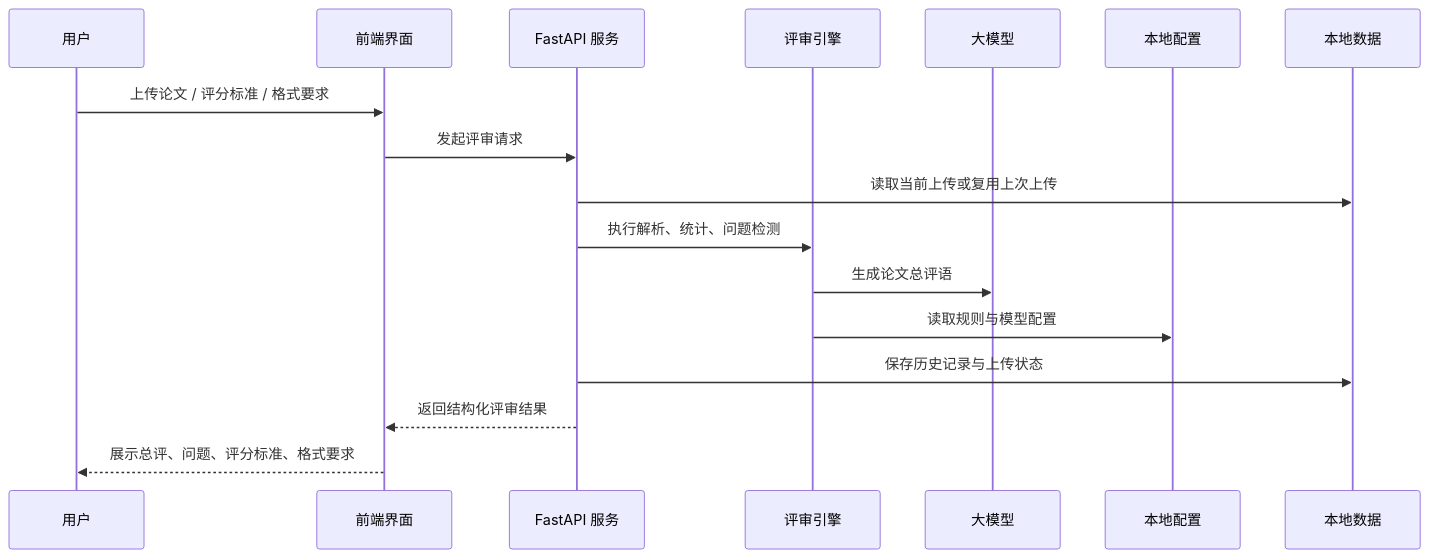
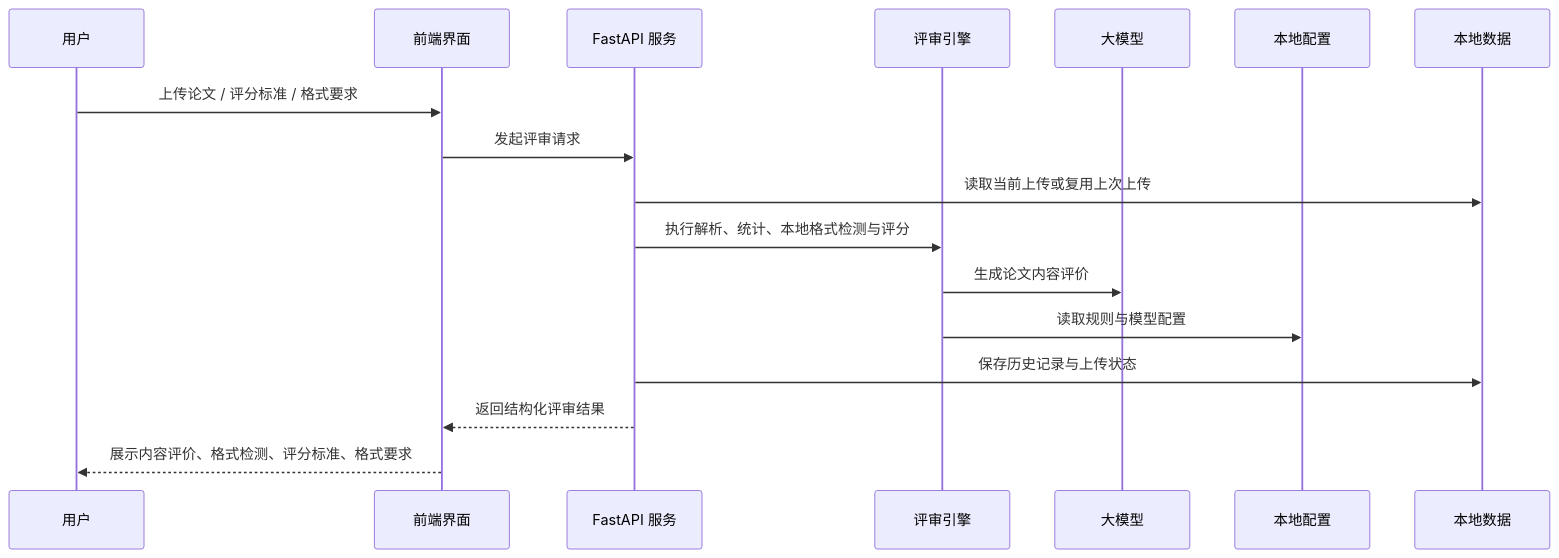
The second of 2 diagrams in README.md (HHSTU-IST/thesisev), drawn with Mermaid before and after one commit. The commit also changed other lines of this file and 8 other files, not shown here.

````diff
--- a/README.md
+++ b/README.md
@@ -203,20 +259,20 @@
 ```mermaid
 sequenceDiagram
     participant User as 用户
     participant UI as 前端界面
     participant API as FastAPI 服务
     participant Core as 评审引擎
     participant LLM as 大模型
     participant Config as 本地配置
     participant Data as 本地数据
 
     User->>UI: 上传论文 / 评分标准 / 格式要求
     UI->>API: 发起评审请求
     API->>Data: 读取当前上传或复用上次上传
-    API->>Core: 执行解析、统计、问题检测
-    Core->>LLM: 生成论文总评语
+    API->>Core: 执行解析、统计、本地格式检测与评分
+    Core->>LLM: 生成论文内容评价
     Core->>Config: 读取规则与模型配置
     API->>Data: 保存历史记录与上传状态
     API-->>UI: 返回结构化评审结果
-    UI-->>User: 展示总评、问题、评分标准、格式要求
+    UI-->>User: 展示内容评价、格式检测、评分标准、格式要求
 ```
````
